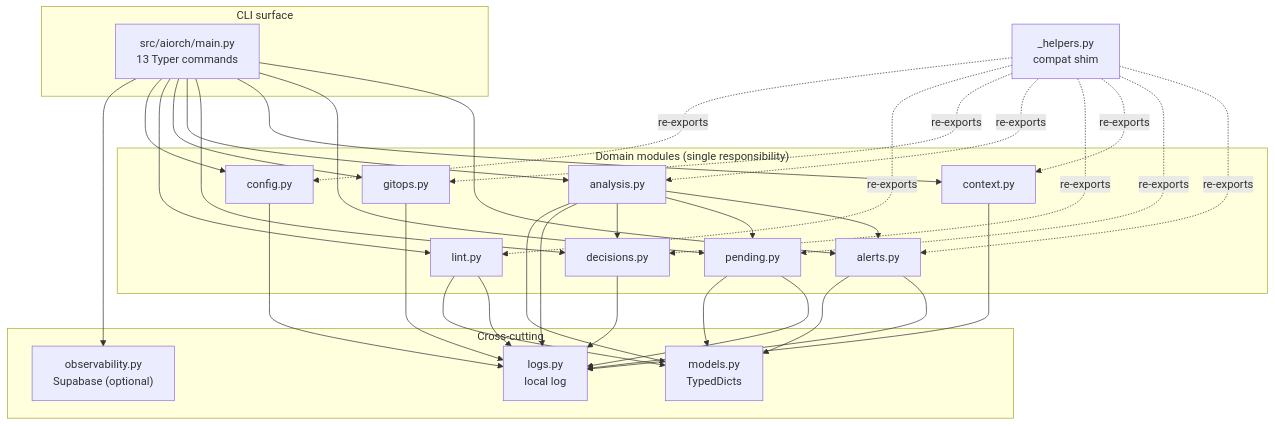
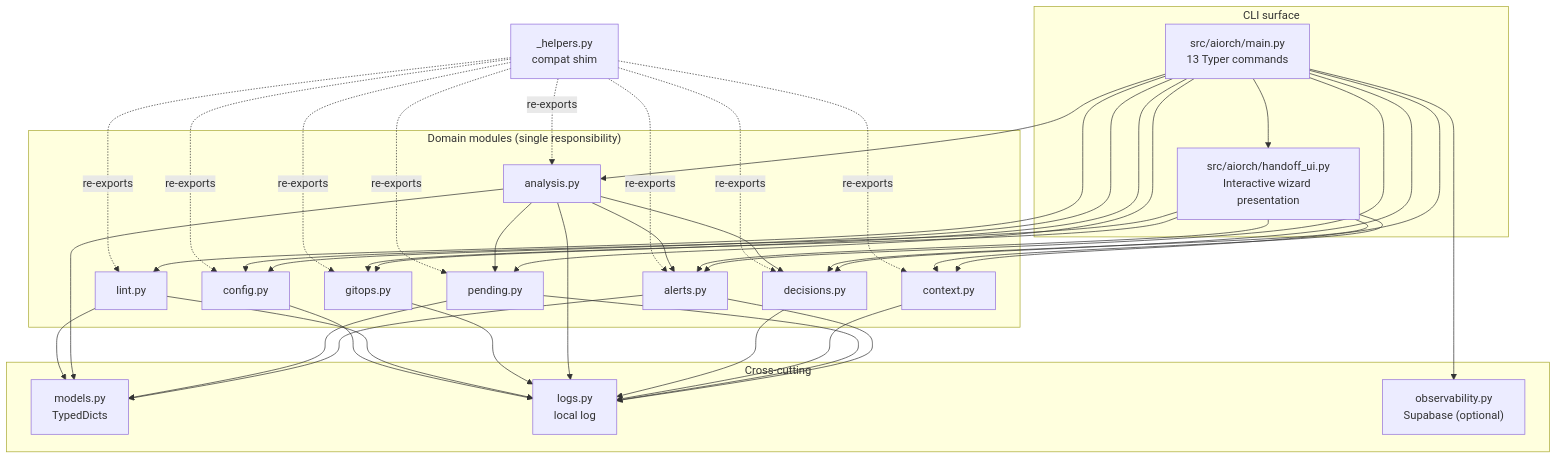
One commit to Darkjor/ai-orchestrator changed the first of 3 diagrams in docs/AI_ARCHITECTURE.md. Above: the diagram before and after it, drawn with Mermaid. The commit also changed other lines of this file and 3 other files, not shown here.

Commit message:
refactor: extract handoff wizard presentation logic to handoff_ui.py

````diff
--- a/docs/AI_ARCHITECTURE.md
+++ b/docs/AI_ARCHITECTURE.md
@@ -63,29 +64,32 @@
 ```mermaid
 graph TD
     subgraph "CLI surface"
         MAIN["src/aiorch/main.py<br/>13 Typer commands"]
+        HANDOFF_UI["src/aiorch/handoff_ui.py<br/>Interactive wizard presentation"]
     end
     subgraph "Domain modules (single responsibility)"
         ALERTS["alerts.py"]
         PENDING["pending.py"]
         CONTEXT["context.py"]
         DECISIONS["decisions.py"]
         ANALYSIS["analysis.py"]
         GITOPS["gitops.py"]
         LINT["lint.py"]
         CONFIG["config.py"]
     end
     subgraph "Cross-cutting"
         MODELS["models.py<br/>TypedDicts"]
         LOGS["logs.py<br/>local log"]
         OBS["observability.py<br/>Supabase (optional)"]
     end
     SHIM["_helpers.py<br/>compat shim"]
 
+    MAIN --> HANDOFF_UI
     MAIN --> ALERTS & PENDING & CONTEXT & DECISIONS & ANALYSIS & GITOPS & LINT & CONFIG
     MAIN --> OBS
+    HANDOFF_UI --> CONTEXT & ALERTS & DECISIONS & GITOPS & CONFIG
     ANALYSIS --> ALERTS & PENDING & DECISIONS
     ALERTS & PENDING & CONTEXT & DECISIONS & ANALYSIS & GITOPS & LINT & CONFIG --> LOGS
     ALERTS & PENDING & ANALYSIS & LINT --> MODELS
     SHIM -.re-exports.-> ALERTS & PENDING & CONTEXT & DECISIONS & ANALYSIS & GITOPS & LINT & CONFIG
 ```
````
